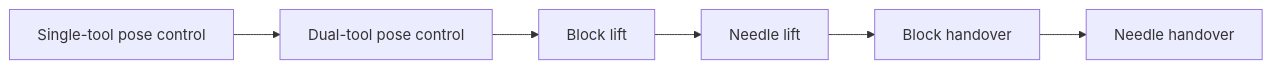
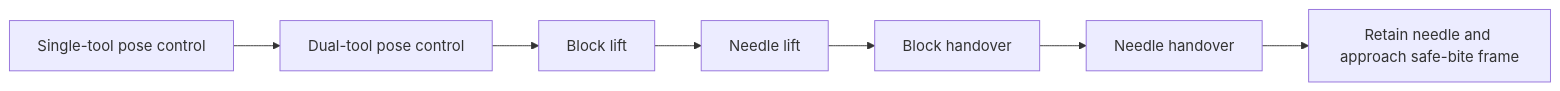
Before and after one commit to Numi2/drAnmar: the diagram in docs/DRANMAR_LEARNING_PATH.md, drawn with Mermaid. The commit also changed other lines of this file and 18 other files, not shown here.

Commit message:
feat: add retained-needle safe-bite T1

````diff
--- a/docs/DRANMAR_LEARNING_PATH.md
+++ b/docs/DRANMAR_LEARNING_PATH.md
@@ -8,8 +8,9 @@
 ```mermaid
 flowchart LR
     A["Single-tool pose control"] --> B["Dual-tool pose control"]
     B --> C["Block lift"]
     C --> D["Needle lift"]
     D --> E["Block handover"]
     E --> F["Needle handover"]
+    F --> G["Retain needle and approach safe-bite frame"]
 ```
````
